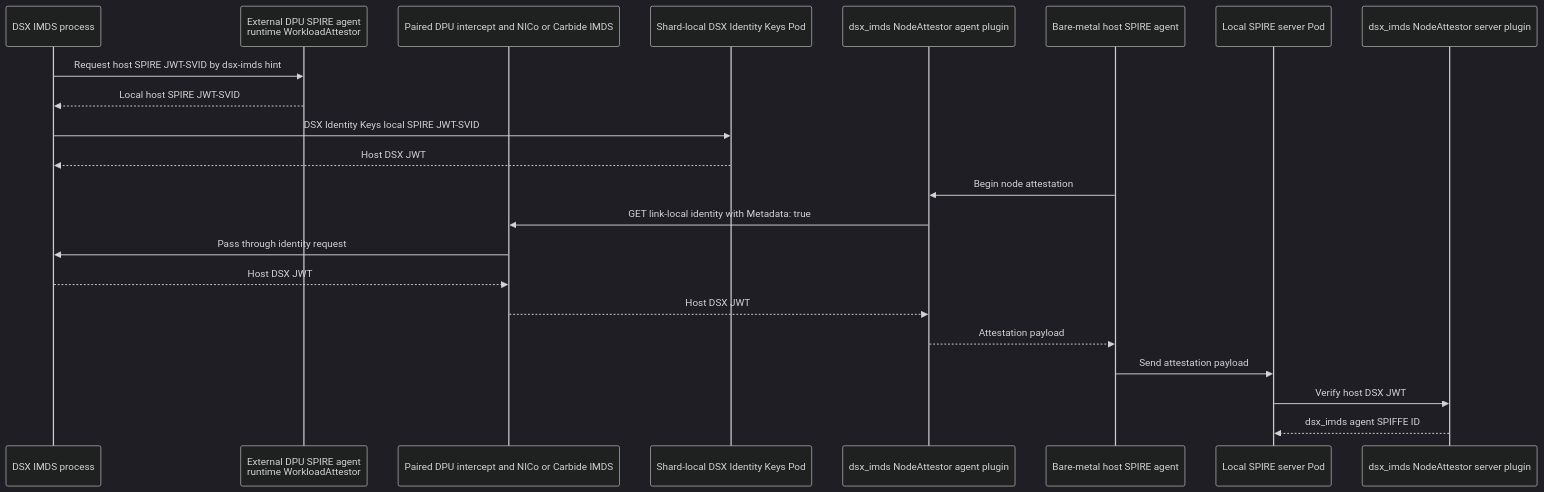
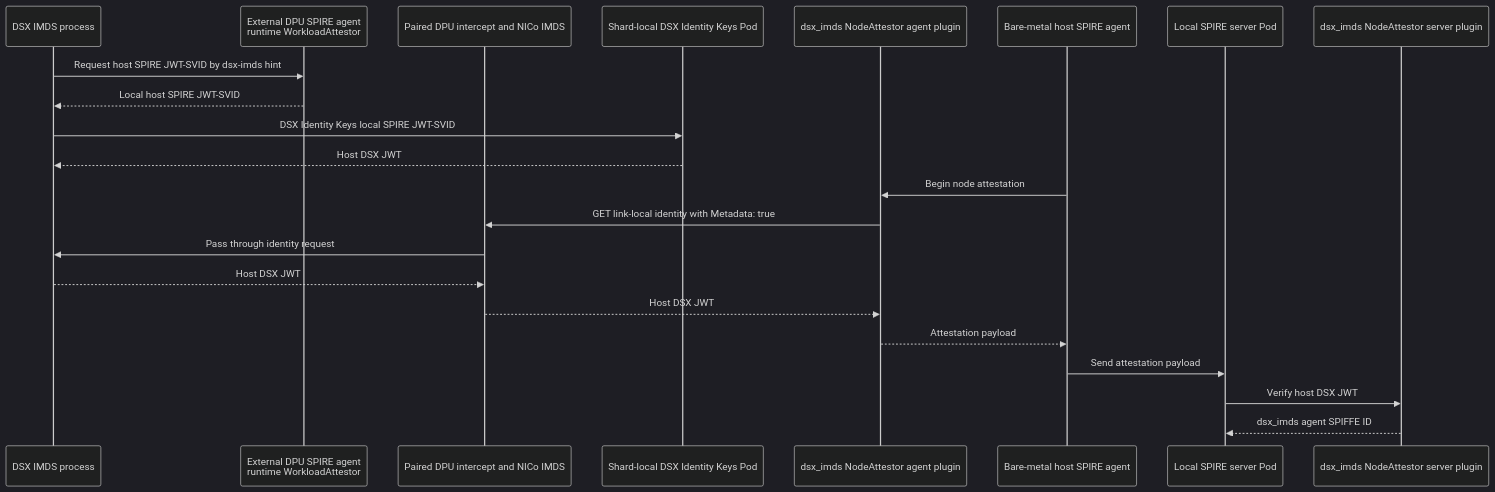
One commit to dsx-ai-factory/nvidia-workload-identity changed the second of 2 diagrams in cmd/dsx-imds-node-attestor-agent/README.md. Above: the diagram before and after it, drawn with Mermaid (dark theme). The commit also changed other lines of this file and 6 other files, not shown here.

Commit message:
fix(NO-REF): document NICo as the IMDS passthrough

````diff
--- a/cmd/dsx-imds-node-attestor-agent/README.md
+++ b/cmd/dsx-imds-node-attestor-agent/README.md
@@ -45,24 +45,24 @@
 ```mermaid
 sequenceDiagram
     participant DI as DSX IMDS process
     participant DA as External DPU SPIRE agent<br/>runtime WorkloadAttestor
-    participant NI as Paired DPU intercept and NICo or Carbide IMDS
+    participant NI as Paired DPU intercept and NICo IMDS
     participant EX as Shard-local DSX Identity Keys Pod
     participant AP as dsx_imds NodeAttestor agent plugin
     participant HA as Bare-metal host SPIRE agent
     participant SS as Local SPIRE server Pod
     participant SP as dsx_imds NodeAttestor server plugin
     DI->>DA: Request host SPIRE JWT-SVID by dsx-imds hint
     DA-->>DI: Local host SPIRE JWT-SVID
     DI->>EX: DSX Identity Keys local SPIRE JWT-SVID
     EX-->>DI: Host DSX JWT
     HA->>AP: Begin node attestation
     AP->>NI: GET link-local identity with Metadata: true
     NI->>DI: Pass through identity request
     DI-->>NI: Host DSX JWT
     NI-->>AP: Host DSX JWT
     AP-->>HA: Attestation payload
     HA->>SS: Send attestation payload
     SS->>SP: Verify host DSX JWT
     SP-->>SS: dsx_imds agent SPIFFE ID
 ```
````
